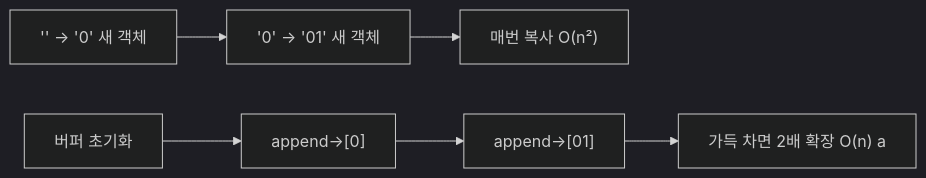
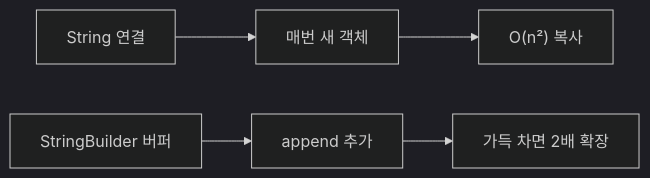
The second of 3 diagrams in _posts/java/2026-05-01-java-string.md (yjkim2015/yjkim2015.github.io), drawn with Mermaid (dark theme) before and after one commit. The commit also changed other lines of this file and 245 other files, not shown here.

First line of the commit message:
Mermaid 다이어그램 전면 수정 + 면접 포인트 접기/펼치기 + DB 데드락 페이지

````diff
--- a/_posts/java/2026-05-01-java-string.md
+++ b/_posts/java/2026-05-01-java-string.md
@@ -155,5 +155,5 @@
 ```mermaid
 graph LR
-    S1["'' → '0' 새 객체"] --> S2["'0' → '01' 새 객체"] --> S3["매번 복사 O(n²)"]
-    B1["버퍼 초기화"] --> B2["append→[0]"] --> B3["append→[01]"] --> B4["가득 차면 2배 확장 O(n) a"]
+    S1["String 연결"] --> S2["매번 새 객체"] --> S3["O(n²) 복사"]
+    B1["StringBuilder 버퍼"] --> B2["append 추가"] --> B3["가득 차면 2배 확장"]
 ```
````
